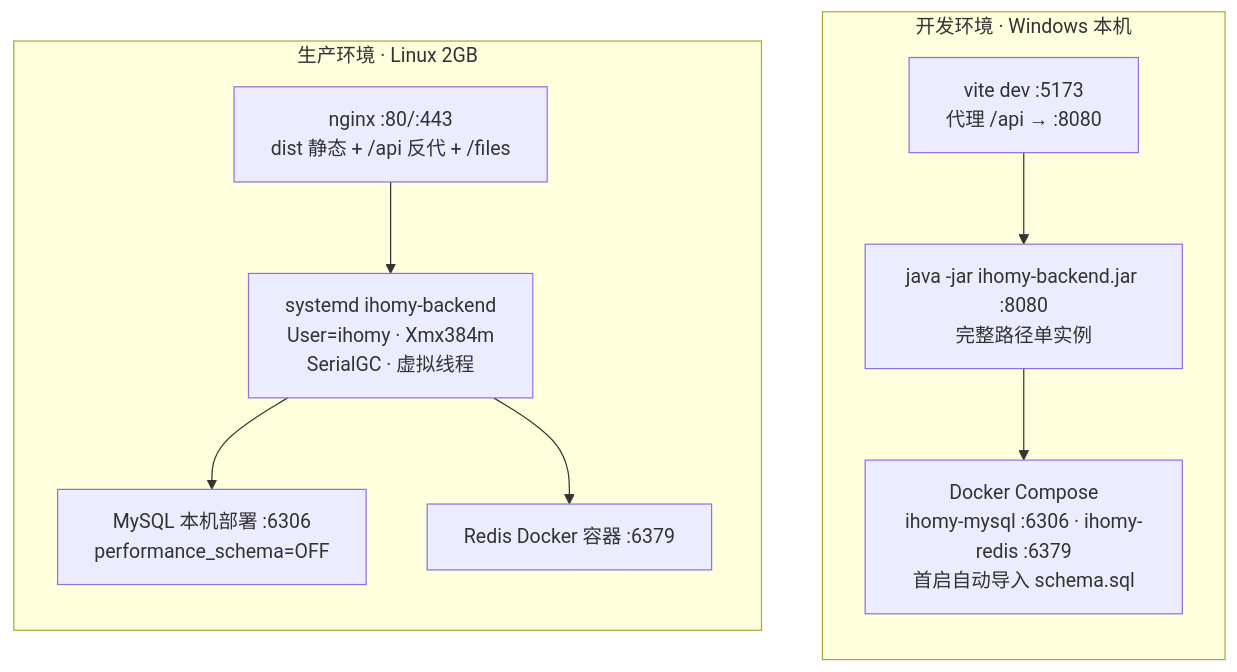
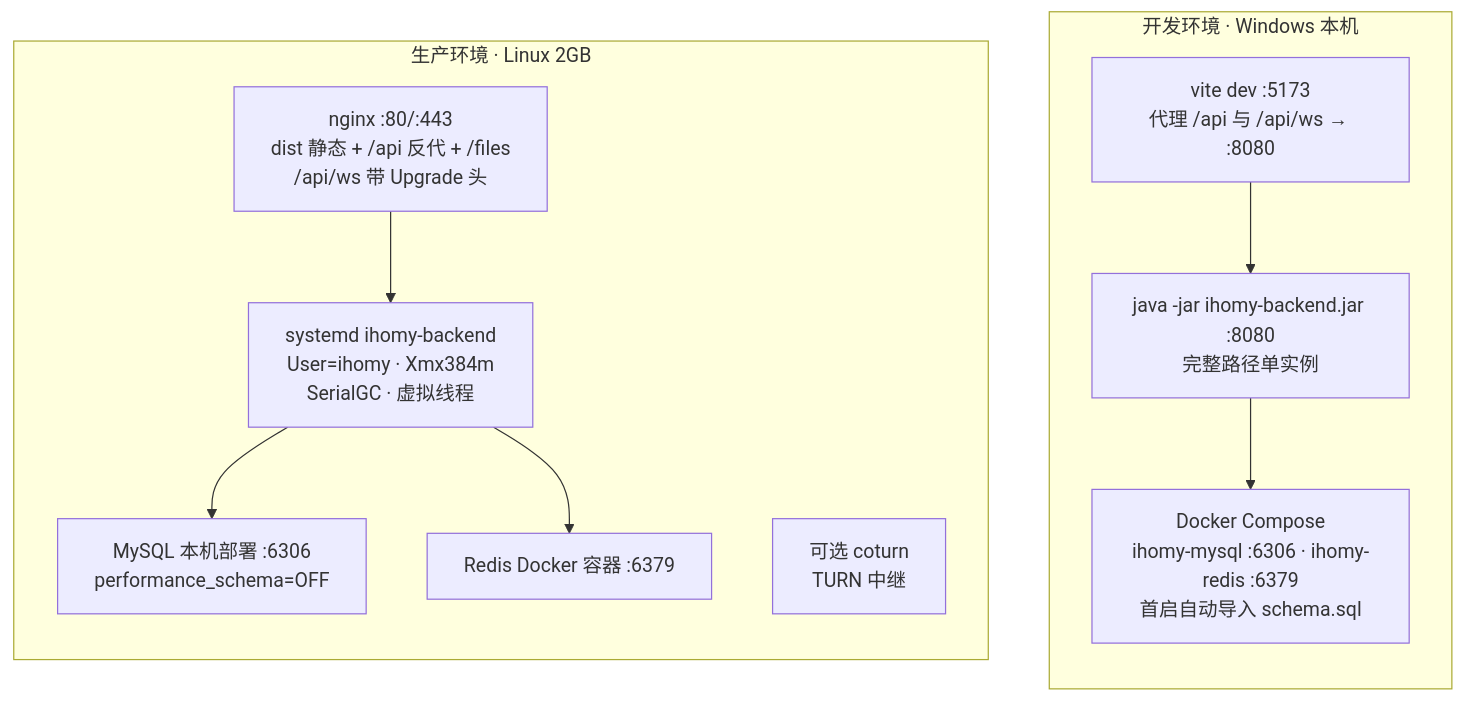
One commit to chillyice/ihomy changed diagram 11 of 11 in docs/架构设计.md. Above: the diagram before and after it, drawn with Mermaid. The commit also changed other lines of this file and 13 other files, not shown here.

````diff
--- a/docs/架构设计.md
+++ b/docs/架构设计.md
@@ -229,21 +295,22 @@
 ```mermaid
 flowchart TB
     subgraph DEV["开发环境 · Windows 本机"]
         direction TB
-        VITE["vite dev :5173<br/>代理 /api → :8080"]
+        VITE["vite dev :5173<br/>代理 /api 与 /api/ws → :8080"]
         JAR["java -jar ihomy-backend.jar :8080<br/>完整路径单实例"]
         COMPOSE["Docker Compose<br/>ihomy-mysql :6306 · ihomy-redis :6379<br/>首启自动导入 schema.sql"]
         VITE --> JAR
         JAR --> COMPOSE
     end
     subgraph PROD["生产环境 · Linux 2GB"]
         direction TB
-        NGX["nginx :80/:443<br/>dist 静态 + /api 反代 + /files"]
+        NGX["nginx :80/:443<br/>dist 静态 + /api 反代 + /files<br/>/api/ws 带 Upgrade 头"]
         SYSD["systemd ihomy-backend<br/>User=ihomy · Xmx384m<br/>SerialGC · 虚拟线程"]
         MY["MySQL 本机部署 :6306<br/>performance_schema=OFF"]
         RDD["Redis Docker 容器 :6379"]
+        TURN["可选 coturn<br/>TURN 中继"]
         NGX --> SYSD
         SYSD --> MY
         SYSD --> RDD
     end
 ```
````
